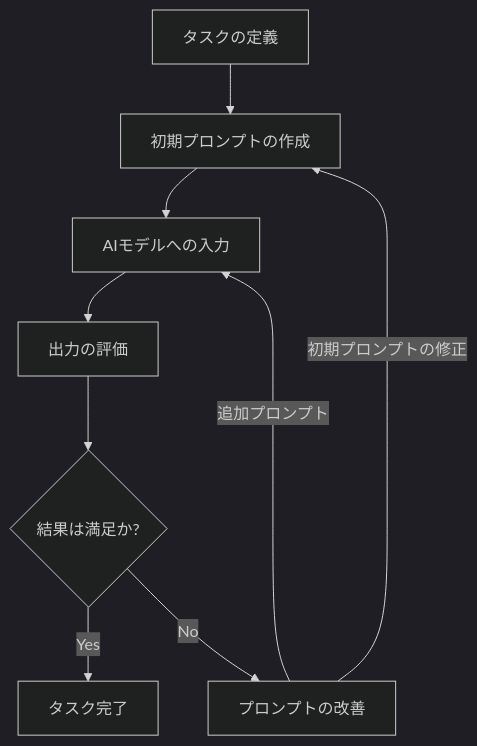
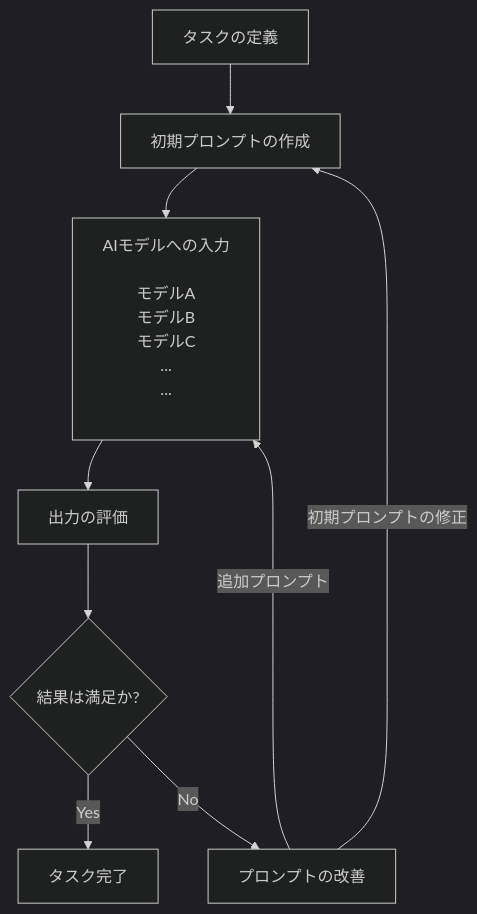
Before and after one commit to SparklingDetergent/doc_genai_About_prompt_engineering: the sixth of 9 diagrams in README.md, drawn with Mermaid (dark theme). The commit also changed other lines of this file, not shown here.

````diff
--- a/README.md
+++ b/README.md
@@ -202,11 +202,11 @@
 ```mermaid
 graph TD
   A[タスクの定義] --> B[初期プロンプトの作成]
-  B --> C[AIモデルへの入力]
+  B --> C[AIモデルへの入力<br/><br/>モデルA<br/>モデルB<br/>モデルC<br/>...<br/>...<br/><br/>]
   C --> D[出力の評価]
   D --> E{結果は満足か?}
   E -- Yes --> F[タスク完了]
   E -- No --> G[プロンプトの改善]
   G --  初期プロンプトの修正 --> B
   G -- 追加プロンプト --> C
 ```
````
